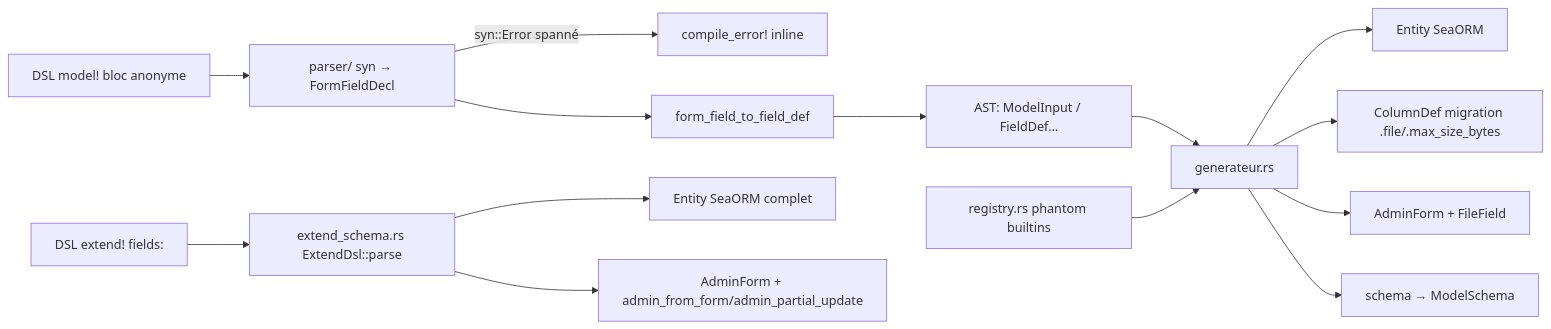
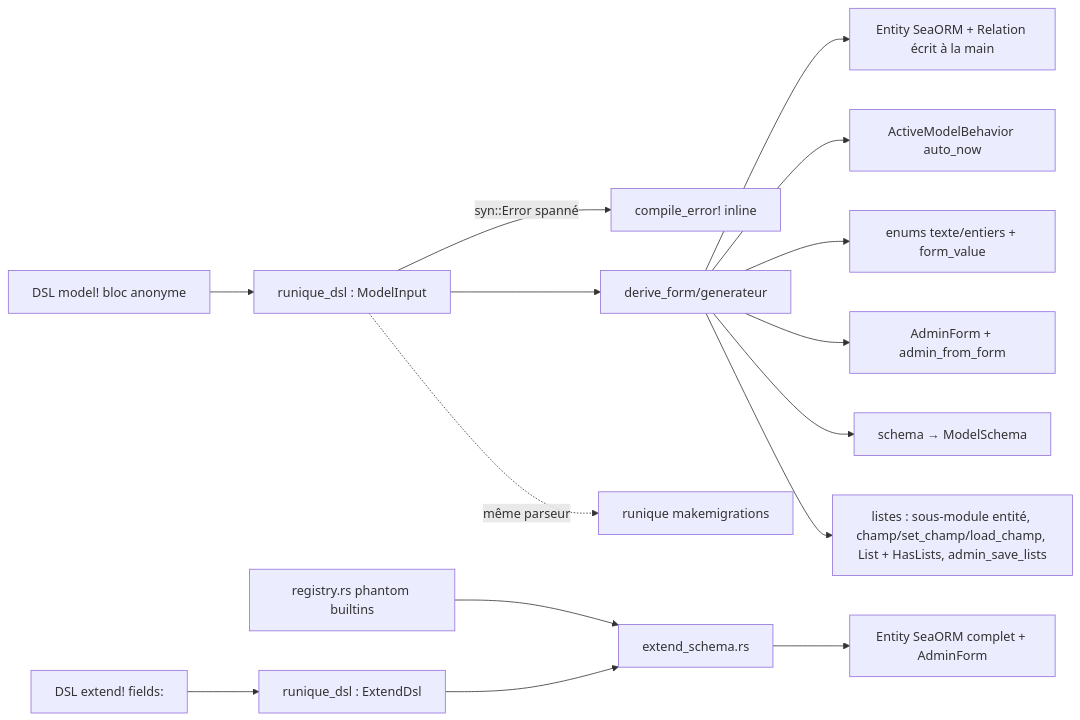
Before and after one commit to seb-alliot/runique: the third of 3 diagrams in diagramme/uml/derive_form/proc-macro.md, drawn with Mermaid. The commit also changed other lines of this file and 93 other files, not shown here.

````diff
--- a/diagramme/uml/derive_form/proc-macro.md
+++ b/diagramme/uml/derive_form/proc-macro.md
@@ -97,17 +108,19 @@
 ```mermaid
 flowchart LR
-    SRC[DSL model! bloc anonyme] --> PAR[parser/ syn → FormFieldDecl]
-    PAR -->|syn::Error spanné| CE[compile_error! inline]
-    PAR --> TR[form_field_to_field_def]
-    TR --> AST[AST: ModelInput / FieldDef…]
-    AST --> GEN[generateur.rs]
-    GEN --> ENT[Entity SeaORM]
-    GEN --> COL[ColumnDef migration .file/.max_size_bytes]
-    GEN --> FORM[AdminForm + FileField]
+    SRC[DSL model! bloc anonyme] --> DSL[runique_dsl : ModelInput]
+    DSL -->|syn::Error spanné| CE[compile_error! inline]
+    DSL --> GEN[derive_form/generateur]
+    GEN --> ENT[Entity SeaORM + Relation écrit à la main]
+    GEN --> BEH[ActiveModelBehavior auto_now]
+    GEN --> ENU[enums texte/entiers + form_value]
+    GEN --> FORM[AdminForm + admin_from_form]
     GEN --> SCH[schema → ModelSchema]
-    REG[registry.rs phantom builtins] --> GEN
+    GEN --> LST[listes : sous-module entité, champ/set_champ/load_champ, List + HasLists, admin_save_lists]
+    REG[registry.rs phantom builtins] --> EXTG
 
-    SRC2[DSL extend! fields:] --> EXT[extend_schema.rs ExtendDsl::parse]
-    EXT --> ENT2[Entity SeaORM complet]
-    EXT --> FORM2[AdminForm + admin_from_form/admin_partial_update]
+    SRC2[DSL extend! fields:] --> EXT[runique_dsl : ExtendDsl]
+    EXT --> EXTG[extend_schema.rs]
+    EXTG --> ENT2[Entity SeaORM complet + AdminForm]
+
+    DSL -.même parseur.-> CLI[runique makemigrations]
 ```
````
